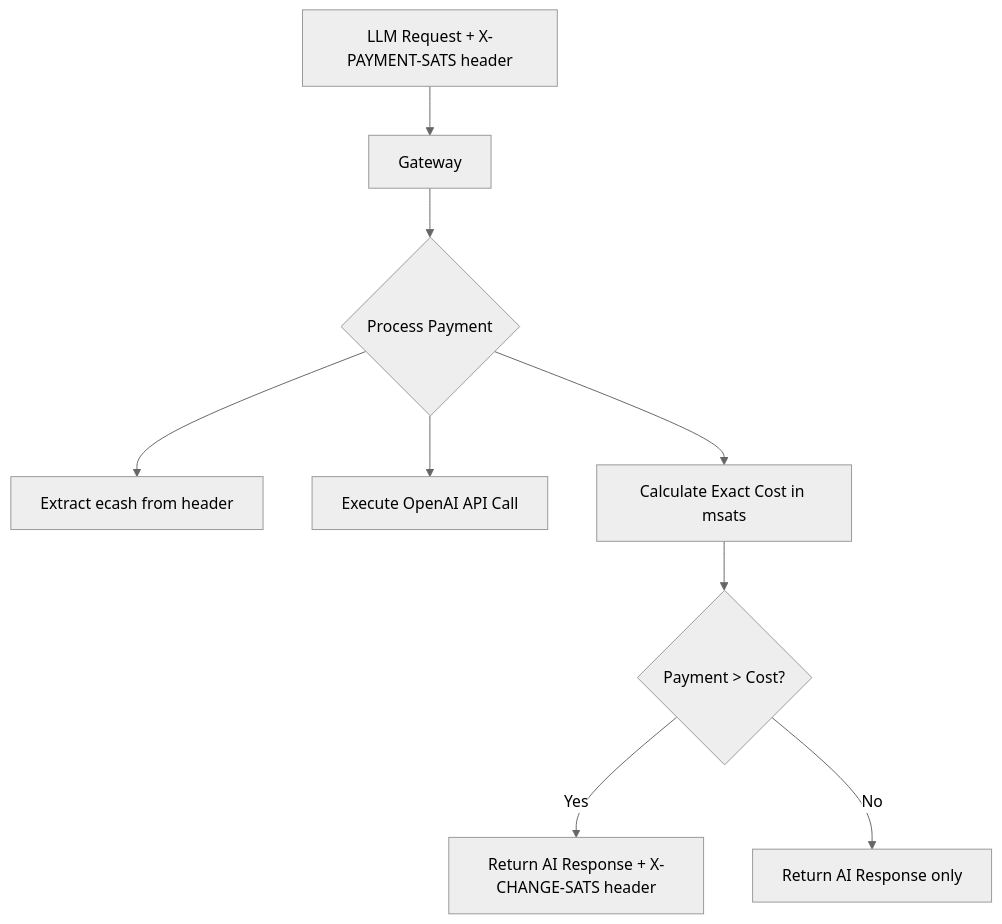
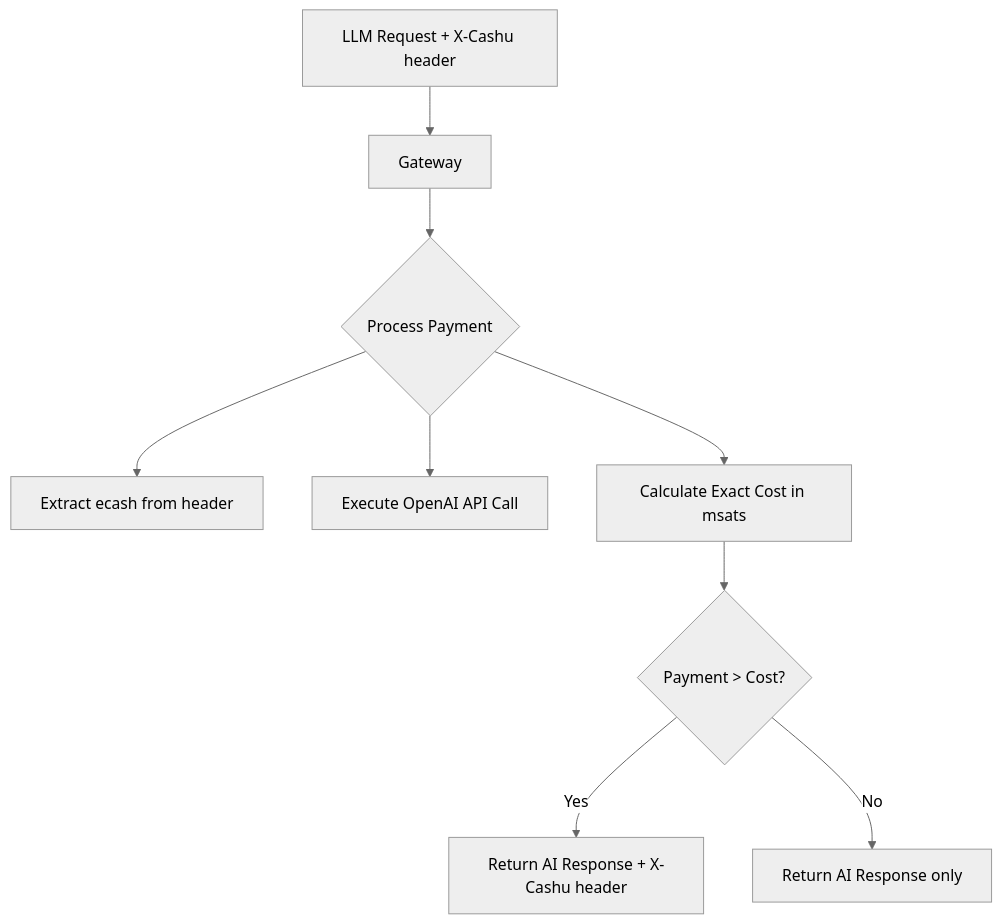
Before and after one commit to Routstr/otrta-client: the third of 4 diagrams in README.md, drawn with Mermaid (neutral theme). The commit also changed other lines of this file, not shown here.

````diff
--- a/README.md
+++ b/README.md
@@ -95,11 +95,11 @@
 ```mermaid
 flowchart
-    A[LLM Request + X-PAYMENT-SATS header] --> B[Gateway]
+    A[LLM Request + X-Cashu header] --> B[Gateway]
     B --> C{Process Payment}
     C --> D[Extract ecash from header]
     C --> E[Execute OpenAI API Call]
     C --> F[Calculate Exact Cost in msats]
     F --> G{Payment > Cost?}
-    G -->|Yes| H[Return AI Response + X-CHANGE-SATS header]
+    G -->|Yes| H[Return AI Response + X-Cashu header]
     G -->|No| I[Return AI Response only]
 ```
````
